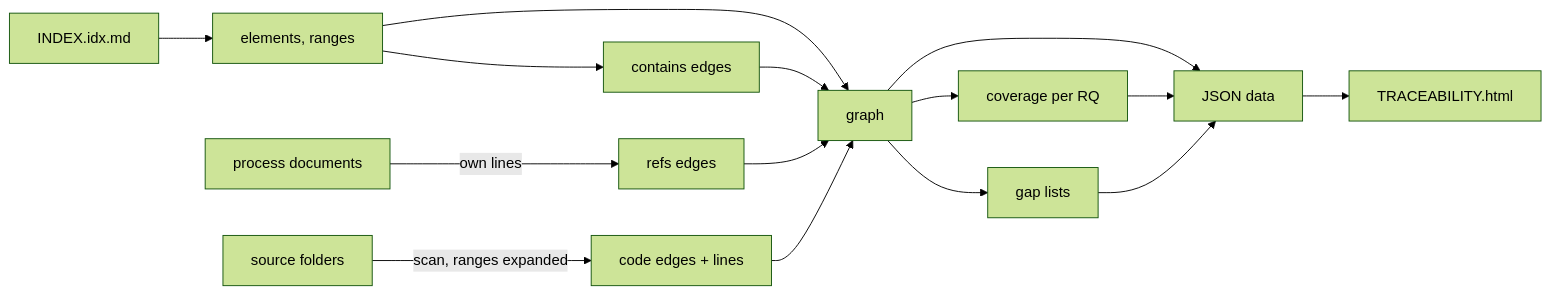
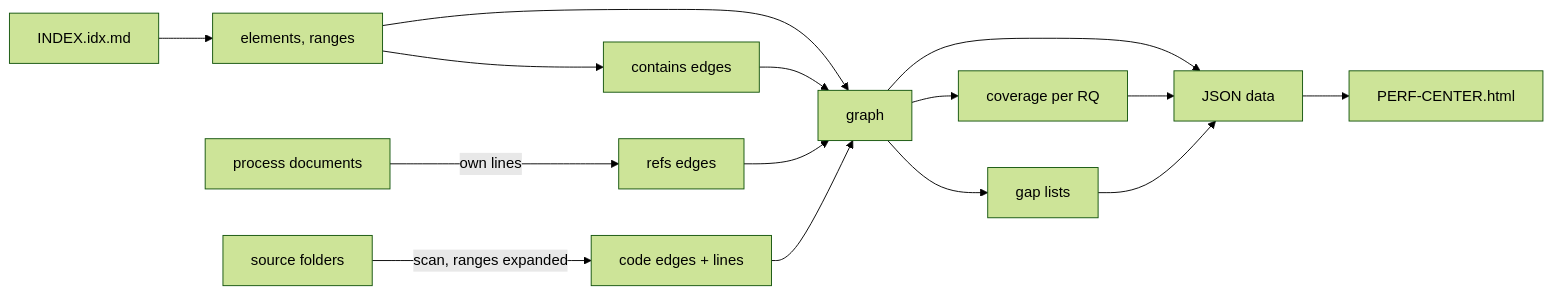
One commit to spashx/agnos changed the diagram in process/2.architecture/ADR-TRC-001-trace-generator-and-link-model.md. Above: the diagram before and after it, drawn with Mermaid (forest theme). The commit also changed other lines of this file and 147 other files, not shown here.

Commit message:
refactor(TRC): ADR-TRC-013/TASK-TRC-089 agnos-trace becomes agnos-perf-center, as it monitors the process's execution on a project (RQ-TRC-104 to RQ-TRC-106)

````diff
--- a/process/2.architecture/ADR-TRC-001-trace-generator-and-link-model.md
+++ b/process/2.architecture/ADR-TRC-001-trace-generator-and-link-model.md
@@ -75,12 +76,12 @@
 ```mermaid
 flowchart LR
     IDX[INDEX.idx.md] --> P[elements, ranges]
     DOCS[process documents] -->|own lines| R[refs edges]
     P --> C[contains edges]
     SRC[source folders] -->|scan, ranges expanded| K[code edges + lines]
     P & C & R & K --> G[graph]
     G --> COV[coverage per RQ]
     G --> GAP[gap lists]
     G & COV & GAP --> J[JSON data]
-    J --> H[TRACEABILITY.html]
+    J --> H[PERF-CENTER.html]
 ```
````
